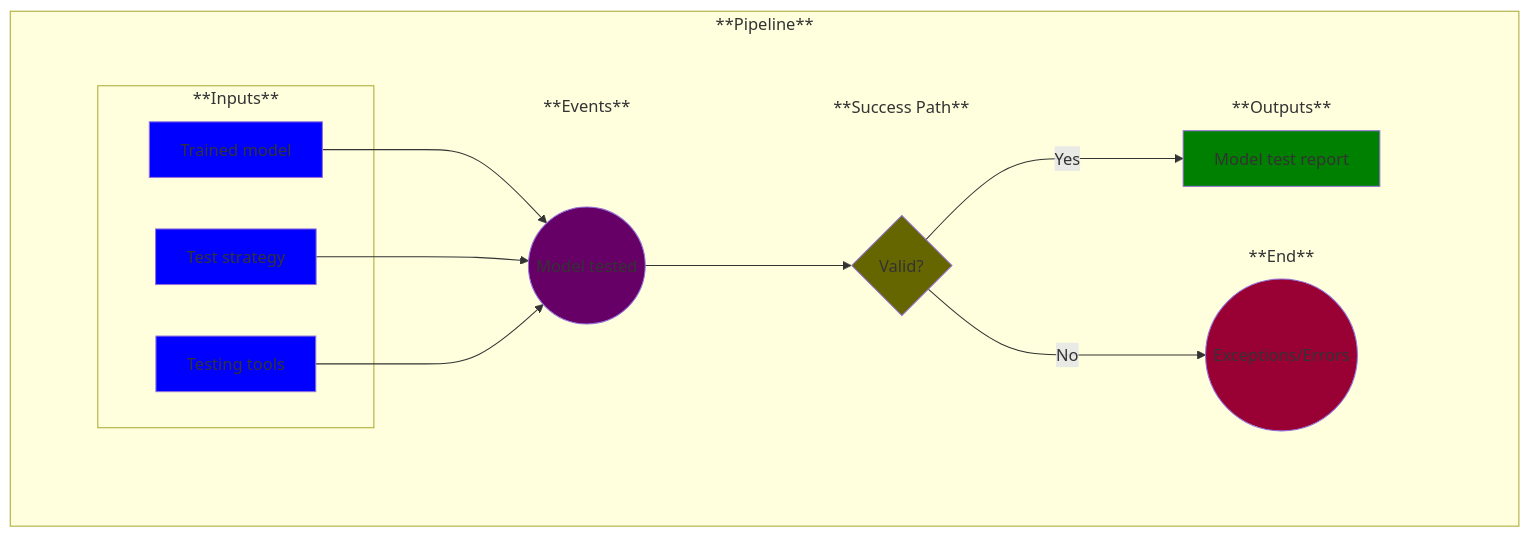
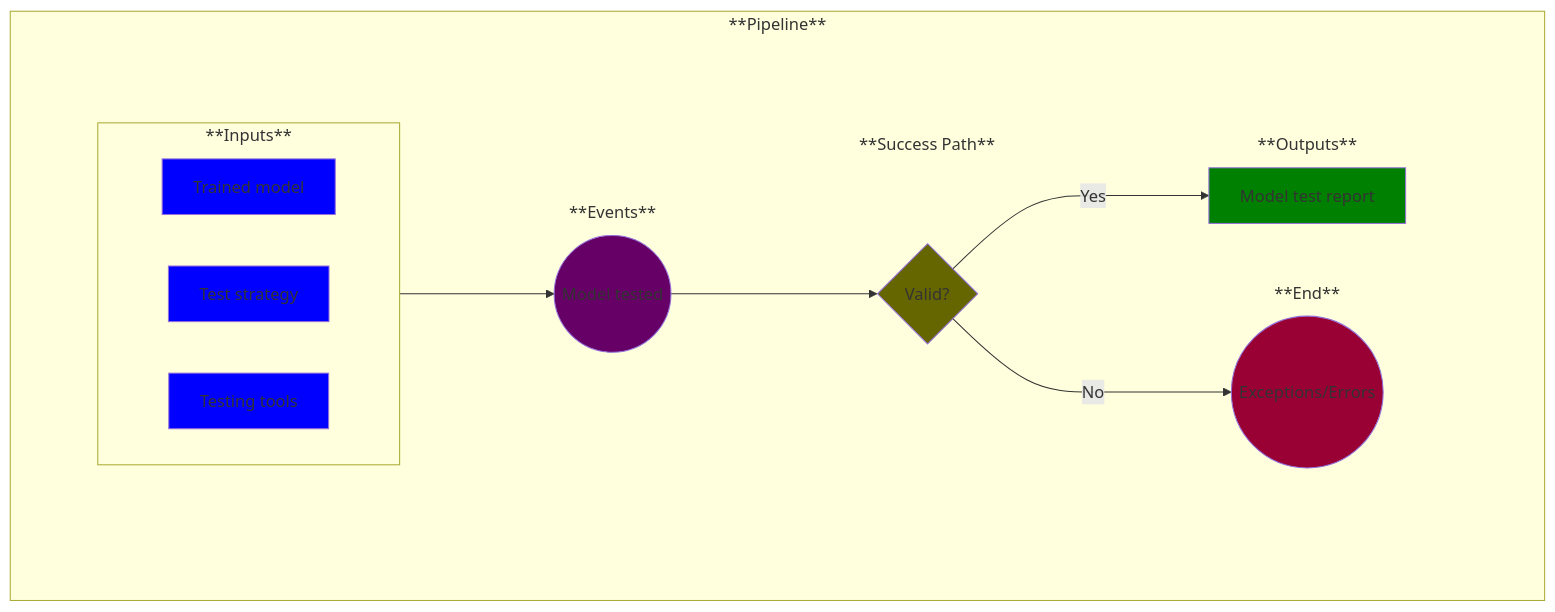
One commit to MLOps-OpenAPI/arch-diagrams changed the diagram in use-cases/11-model-test.md. Above: the diagram before and after it, drawn with Mermaid. The commit also changed other lines of this file and 20 other files, not shown here.

````diff
--- a/use-cases/11-model-test.md
+++ b/use-cases/11-model-test.md
@@ -17,79 +17,72 @@
 ```mermaid
 
 %% Creating a left-to-right flowchart
 %% Learn the syntax here: https://mermaid.js.org/syntax/flowchart.html
 %% Note: flowchart and graph are the same in Mermaid
 graph LR;
 
     %% Define the common flow items:
     %%A--> B
     %%B-->C
     subgraph Pipeline ["**Pipeline**"]
         
         %% Add an empty node to overcome some formatting issues
         subgraph invisibleSpace["<br/>"]
 
             %% Add the rest of the nodes
             subgraph Inputs ["**Inputs**"]
                 A1
-            end
-            subgraph Inputs ["**Inputs**"]
                 A2
-            end
-            subgraph Inputs ["**Inputs**"]
                 A3
             end
             subgraph Events ["**Events**"]
                 B
             end
             subgraph Success ["**Success Path**"]
                 C
             end
             subgraph End ["**End**"]
                 D
             end
             subgraph Outputs ["**Outputs**"]
                 E
             end
         end
-        A1-->B
-        A2-->B
-        A3-->B
+        Inputs-->B
         B-->C
         C--> | No | D
         C--> | Yes | E
     end
 
     %% Now label and style the blocks
     %% Note: You could have done this above, but I find this to be cleaner and easier to manage
 
     A1[Trained model]
     style A1 fill:blue
 
     A2[Test strategy]
     style A2 fill:blue
 
     A3[Testing tools]
     style A3 fill:blue
 
     B((Model tested))
     style B fill:#660066
 
     C{Valid?}
     style C fill:#666600
 
     D((Exceptions/Errors))
     style D fill:#990033
 
     E[Model test report]
     style E fill:green
 
     %% Remove unnecessary box outlines
     style invisibleSpace stroke-width:0
-    style Inputs stroke-width:0
     style Events stroke-width:0
     style Outputs stroke-width:0
     style End stroke-width:0
     style Success stroke-width:0
 
 ```
````
